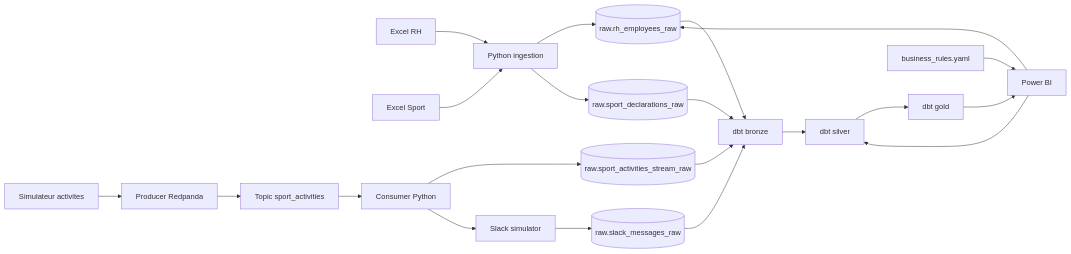
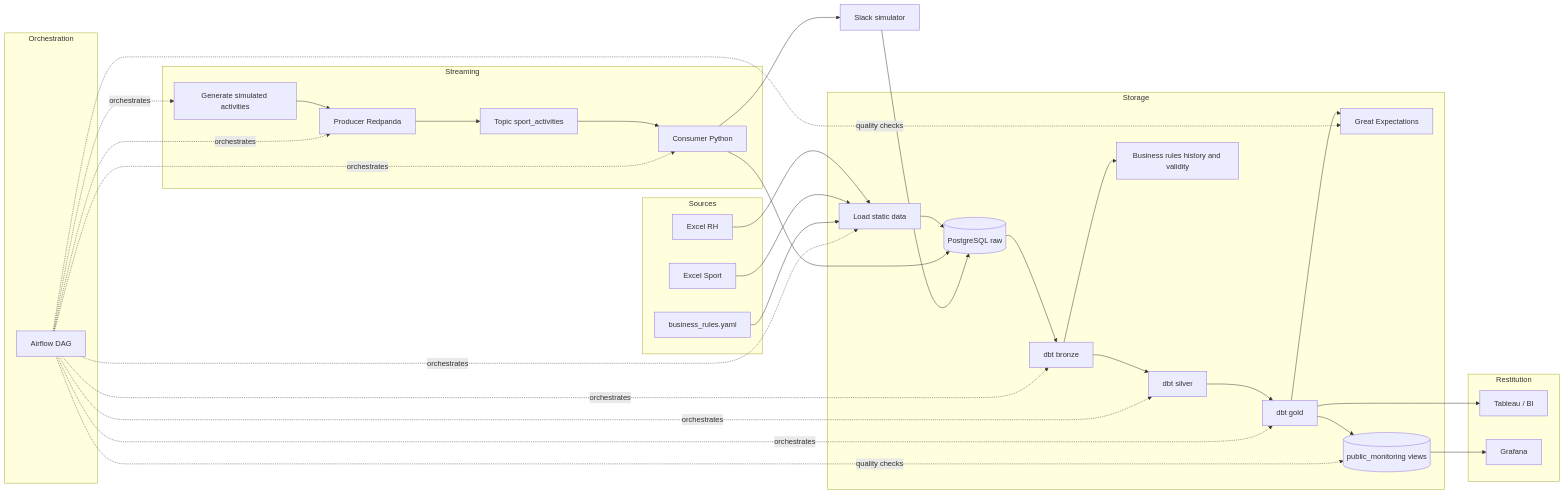
The diagram in docs/architecture.mmd (alhassane-lab/p12-de), drawn with Mermaid before and after one commit. The commit also changed 129 other files, not shown here.

Commit message:
maj schema

```diff
--- a/docs/architecture.mmd
+++ b/docs/architecture.mmd
@@ -1,21 +1,58 @@
 flowchart LR
-    A[Excel RH] --> B[Python ingestion]
-    A2[Excel Sport] --> B
-    C[Simulateur activites] --> D[Producer Redpanda]
-    D --> E[Topic sport_activities]
-    E --> F[Consumer Python]
-    F --> G[(raw.sport_activities_stream_raw)]
-    F --> H[Slack simulator]
-    H --> I[(raw.slack_messages_raw)]
-    B --> J[(raw.rh_employees_raw)]
-    B --> K[(raw.sport_declarations_raw)]
-    J --> L[dbt bronze]
-    K --> L
-    G --> L
-    I --> L
-    L --> M[dbt silver]
-    M --> N[dbt gold]
-    O[business_rules.yaml] --> P[Python loader]
-    P --> J
-    P --> M
-    N --> P[Power BI]
+    subgraph Sources
+        A[Excel RH]
+        A2[Excel Sport]
+        A3[business_rules.yaml]
+    end
+
+    subgraph Orchestration
+        O[Airflow DAG]
+    end
+
+    subgraph Streaming
+        R[Generate simulated activities]
+        S[Producer Redpanda]
+        T[Topic sport_activities]
+        U[Consumer Python]
+    end
+
+    subgraph Storage
+        B[Load static data]
+        C[(PostgreSQL raw)]
+        D[dbt bronze]
+        E[dbt silver]
+        F[dbt gold]
+        F2[Great Expectations]
+        G[Business rules history and validity]
+        H[(public_monitoring views)]
+    end
+
+    subgraph Restitution
+        I[Tableau / BI]
+        J[Grafana]
+    end
+
+    A --> B
+    A2 --> B
+    A3 --> B
+    B --> C
+
+    R --> S --> T --> U --> C
+    U --> K[Slack simulator] --> C
+
+    C --> D --> E --> F
+    F --> F2
+    D --> G
+    F --> I
+    F --> H
+    H --> J
+
+    O -. orchestrates .-> B
+    O -. orchestrates .-> R
+    O -. orchestrates .-> S
+    O -. orchestrates .-> U
+    O -. orchestrates .-> D
+    O -. orchestrates .-> E
+    O -. orchestrates .-> F
+    O -. quality checks .-> F2
+    O -. quality checks .-> H
```
